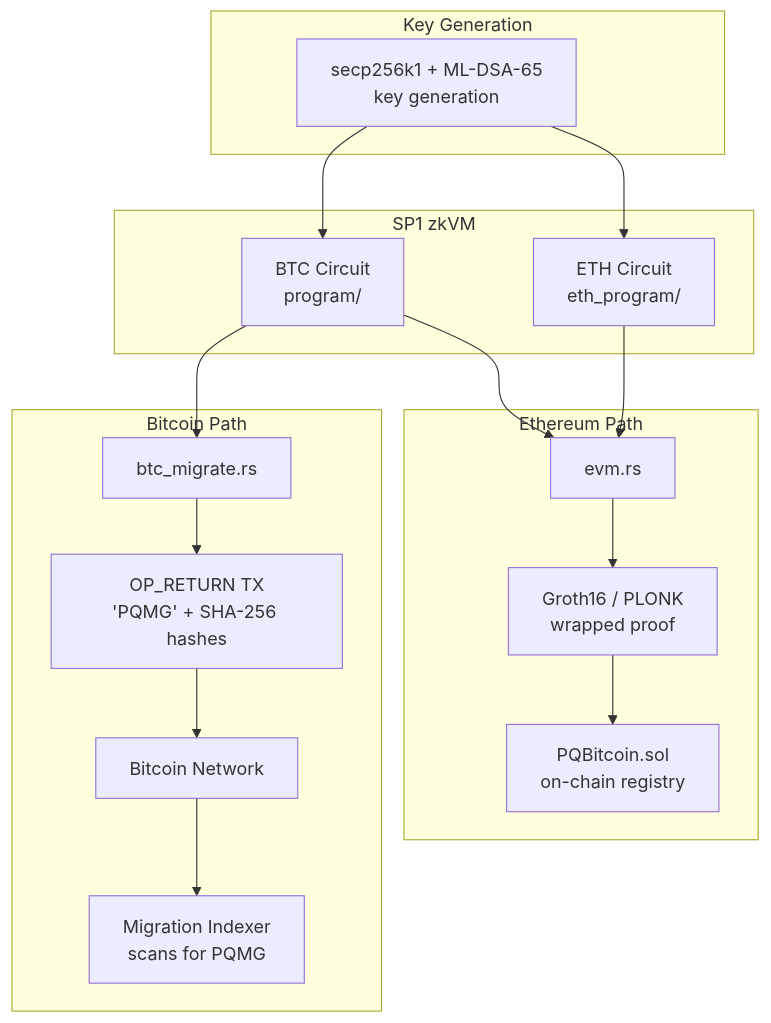
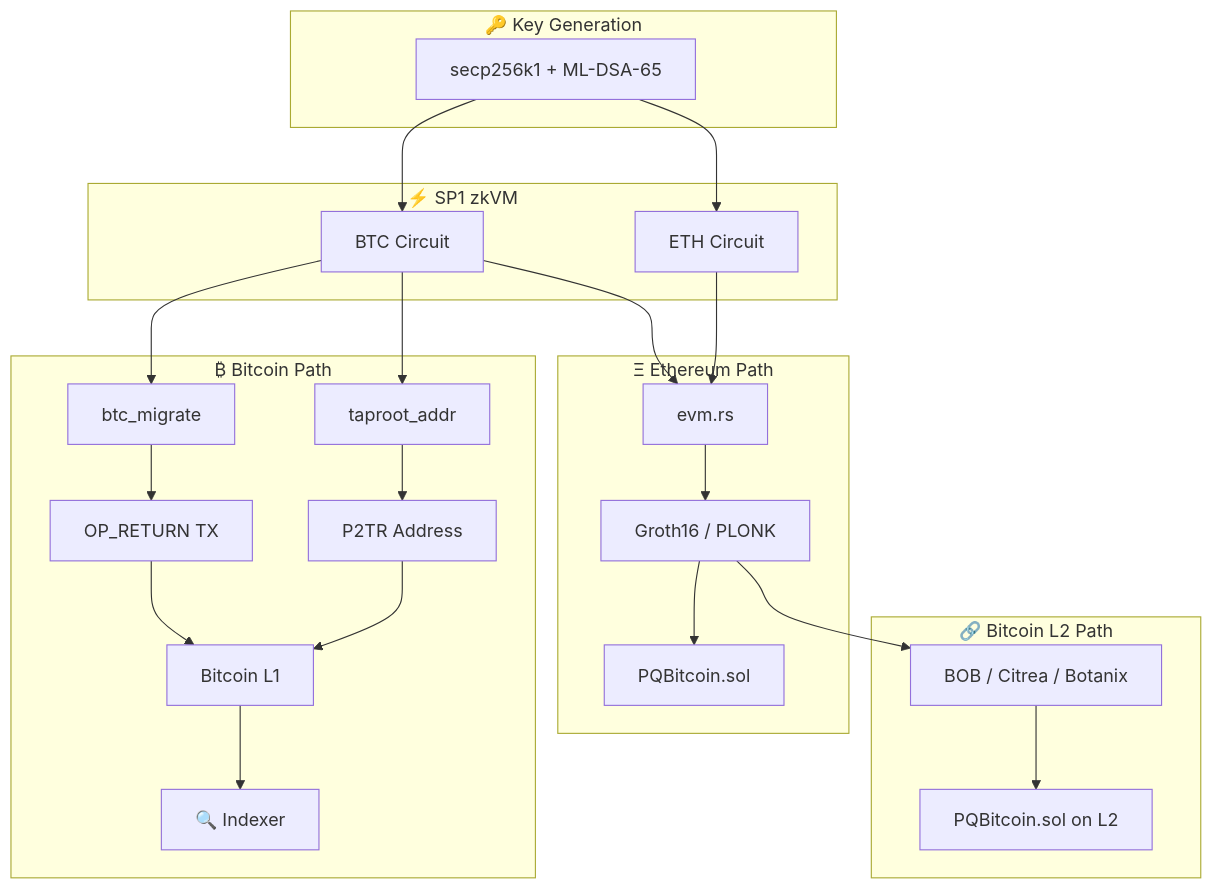
One commit to skardas/pq_bitcoin changed the sixth of 8 diagrams in README.md. Above: the diagram before and after it, drawn with Mermaid. The commit also changed other lines of this file and 17 other files, not shown here.

First line of the commit message:
SDK transformation: error handling, crate rename, docs & diagrams

````diff
--- a/README.md
+++ b/README.md
@@ -277,25 +404,34 @@
 ```mermaid
 graph TD
-    subgraph "Key Generation"
-        A["secp256k1 + ML-DSA-65<br/>key generation"]
+    subgraph GEN["🔑 Key Generation"]
+        A["secp256k1 + ML-DSA-65"]
     end
 
-    subgraph "SP1 zkVM"
-        A --> B["BTC Circuit<br/>program/"]
-        A --> C["ETH Circuit<br/>eth_program/"]
+    subgraph ZK["⚡ SP1 zkVM"]
+        A --> B["BTC Circuit"]
+        A --> C["ETH Circuit"]
     end
 
-    subgraph "Bitcoin Path"
-        B --> D["btc_migrate.rs"]
-        D --> E["OP_RETURN TX<br/>'PQMG' + SHA-256 hashes"]
-        E --> F["Bitcoin Network"]
-        F --> G["Migration Indexer<br/>scans for PQMG"]
+    subgraph BTC["₿ Bitcoin Path"]
+        B --> D["btc_migrate"]
+        D --> E["OP_RETURN TX"]
+        E --> F["Bitcoin L1"]
+        F --> G["🔍 Indexer"]
+
+        B --> TA["taproot_addr"]
+        TA --> TB["P2TR Address"]
+        TB --> F
     end
 
-    subgraph "Ethereum Path"
+    subgraph ETH["Ξ Ethereum Path"]
         B --> H["evm.rs"]
         C --> H
-        H --> I["Groth16 / PLONK<br/>wrapped proof"]
-        I --> J["PQBitcoin.sol<br/>on-chain registry"]
+        H --> I["Groth16 / PLONK"]
+        I --> J["PQBitcoin.sol"]
+    end
+
+    subgraph L2["🔗 Bitcoin L2 Path"]
+        I --> K["BOB / Citrea / Botanix"]
+        K --> L["PQBitcoin.sol on L2"]
     end
 ```
````
